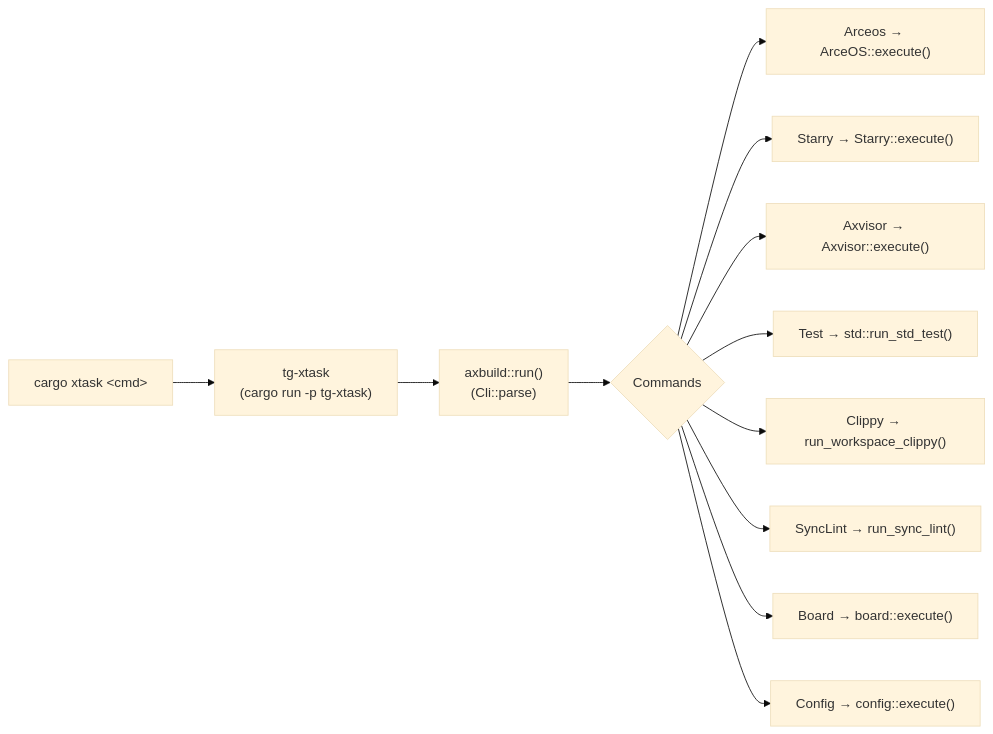
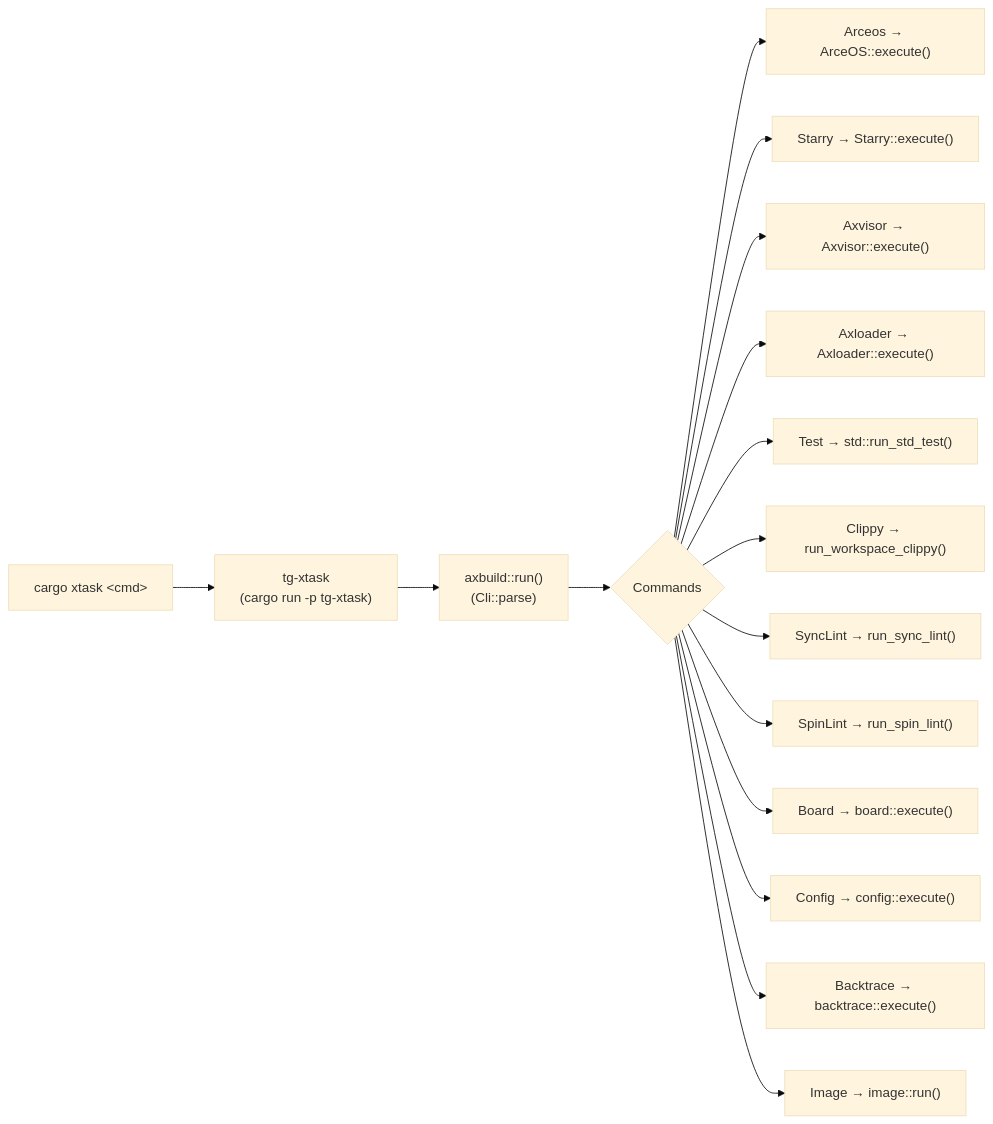
One commit to rcore-os/tgoskits changed the first of 3 diagrams in docs/docs/build/overview.md. Above: the diagram before and after it, drawn with Mermaid (base theme). The commit also changed other lines of this file and 8 other files, not shown here.

````diff
--- a/docs/docs/build/overview.md
+++ b/docs/docs/build/overview.md
@@ -16,14 +16,18 @@
 ```mermaid
 flowchart LR
     A["cargo xtask &lt;cmd&gt;"] --> B["tg-xtask<br/>(cargo run -p tg-xtask)"]
     B --> C["axbuild::run()<br/>(Cli::parse)"]
     C --> D{Commands}
     D --> E["Arceos → ArceOS::execute()"]
     D --> F["Starry → Starry::execute()"]
     D --> G["Axvisor → Axvisor::execute()"]
+    D --> G1["Axloader → Axloader::execute()"]
     D --> H["Test → std::run_std_test()"]
     D --> I["Clippy → run_workspace_clippy()"]
-    D --> J["SyncLint → run_sync_lint()"]
-    D --> K["Board → board::execute()"]
+    D --> I1["SyncLint → run_sync_lint()"]
+    D --> I2["SpinLint → run_spin_lint()"]
+    D --> J["Board → board::execute()"]
     D --> L["Config → config::execute()"]
+    D --> L1["Backtrace → backtrace::execute()"]
+    D --> L2["Image → image::run()"]
 ```
````
